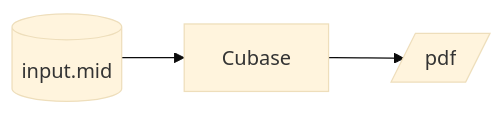
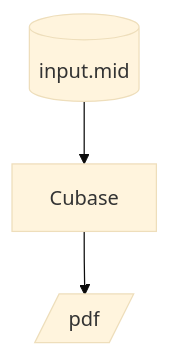
Before and after one commit to ito55/smf-musicxml-to-xf-converter: the first of 2 diagrams in workflow.md, drawn with Mermaid (base theme). The commit also changed other lines of this file, not shown here.

````diff
--- a/workflow.md
+++ b/workflow.md
@@ -4,5 +4,5 @@
 ```mermaid
-flowchart LR;
+flowchart TD;
     1[(input.mid)] --> 2[Cubase] --> 3[/pdf/]
 
 ```
````
